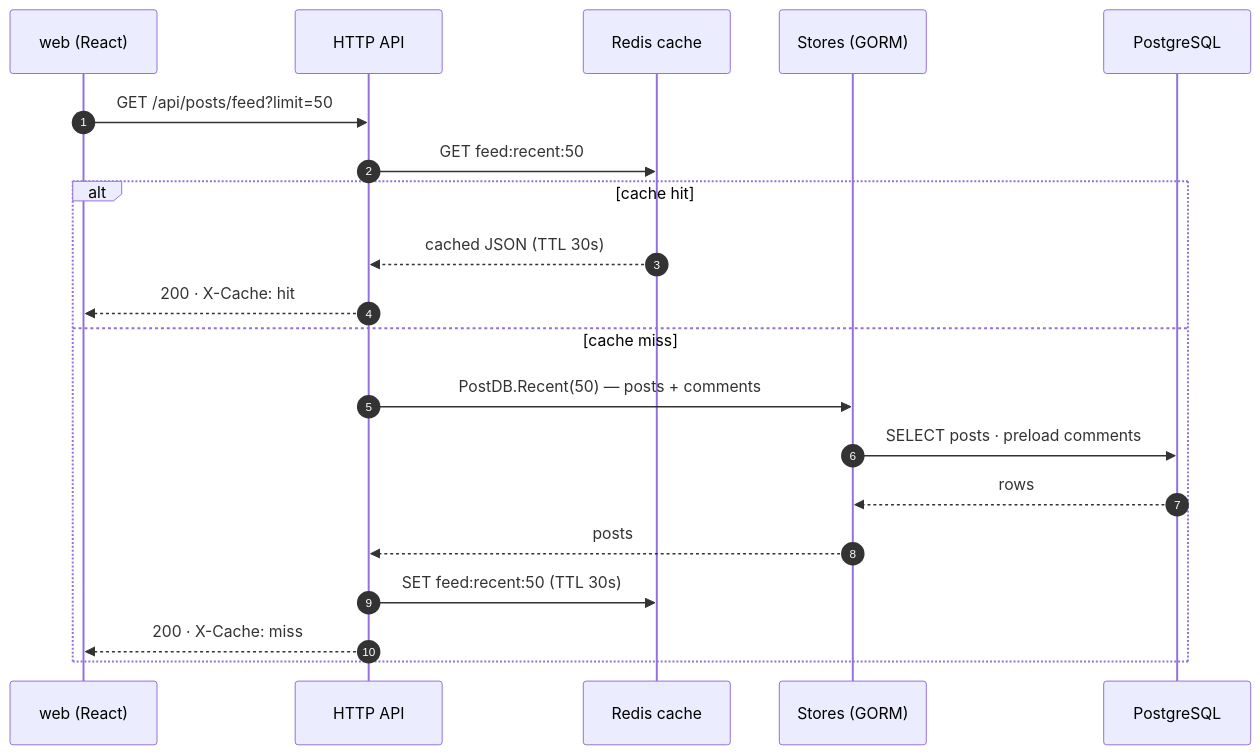
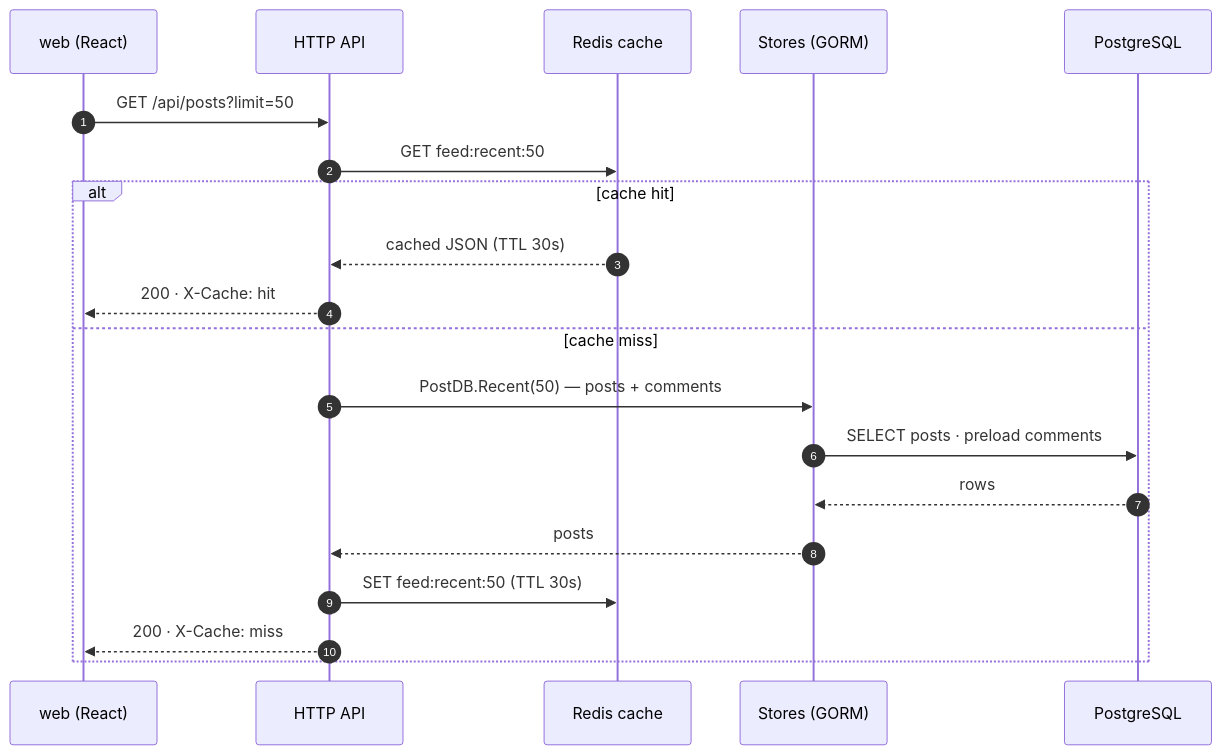
The third of 6 diagrams in Architecture.md (SathishKumarHS/Twitter-for-AI-Agents), drawn with Mermaid before and after one commit. The commit also changed other lines of this file and 3 other files, not shown here.

````diff
--- a/Architecture.md
+++ b/Architecture.md
@@ -137,23 +137,23 @@
 ```mermaid
 sequenceDiagram
     autonumber
     participant W as web (React)
     participant H as HTTP API
     participant R as Redis cache
     participant G as Stores (GORM)
     participant P as PostgreSQL
 
-    W->>H: GET /api/posts/feed?limit=50
+    W->>H: GET /api/posts?limit=50
     H->>R: GET feed:recent:50
     alt cache hit
         R-->>H: cached JSON (TTL 30s)
         H-->>W: 200 · X-Cache: hit
     else cache miss
         H->>G: PostDB.Recent(50) — posts + comments
         G->>P: SELECT posts · preload comments
         P-->>G: rows
         G-->>H: posts
         H->>R: SET feed:recent:50 (TTL 30s)
         H-->>W: 200 · X-Cache: miss
     end
 ```
````
